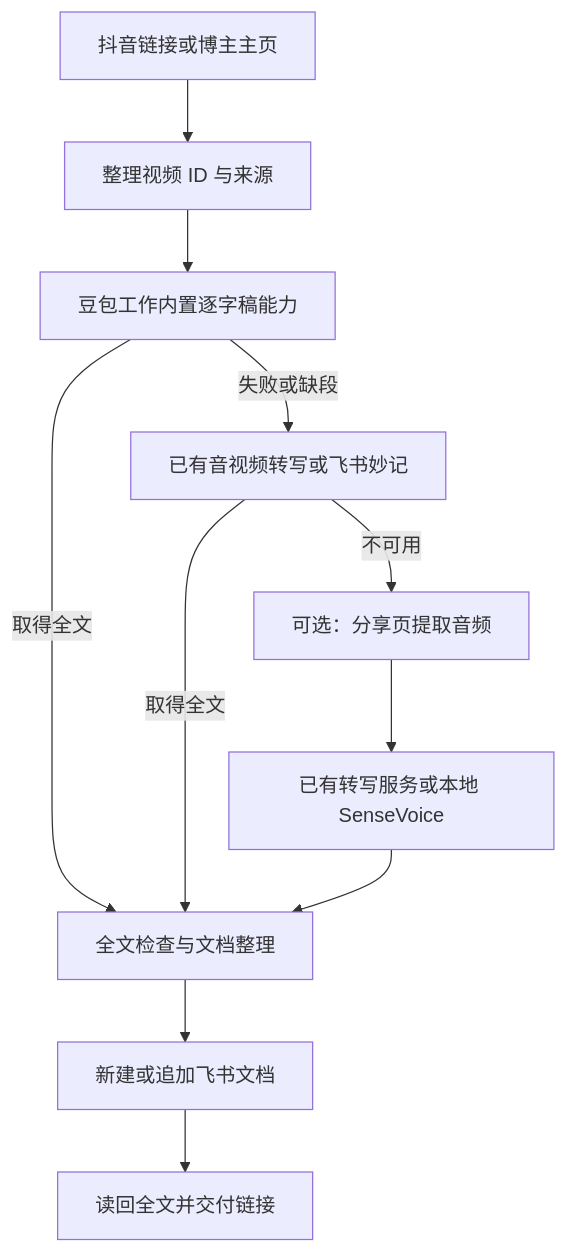
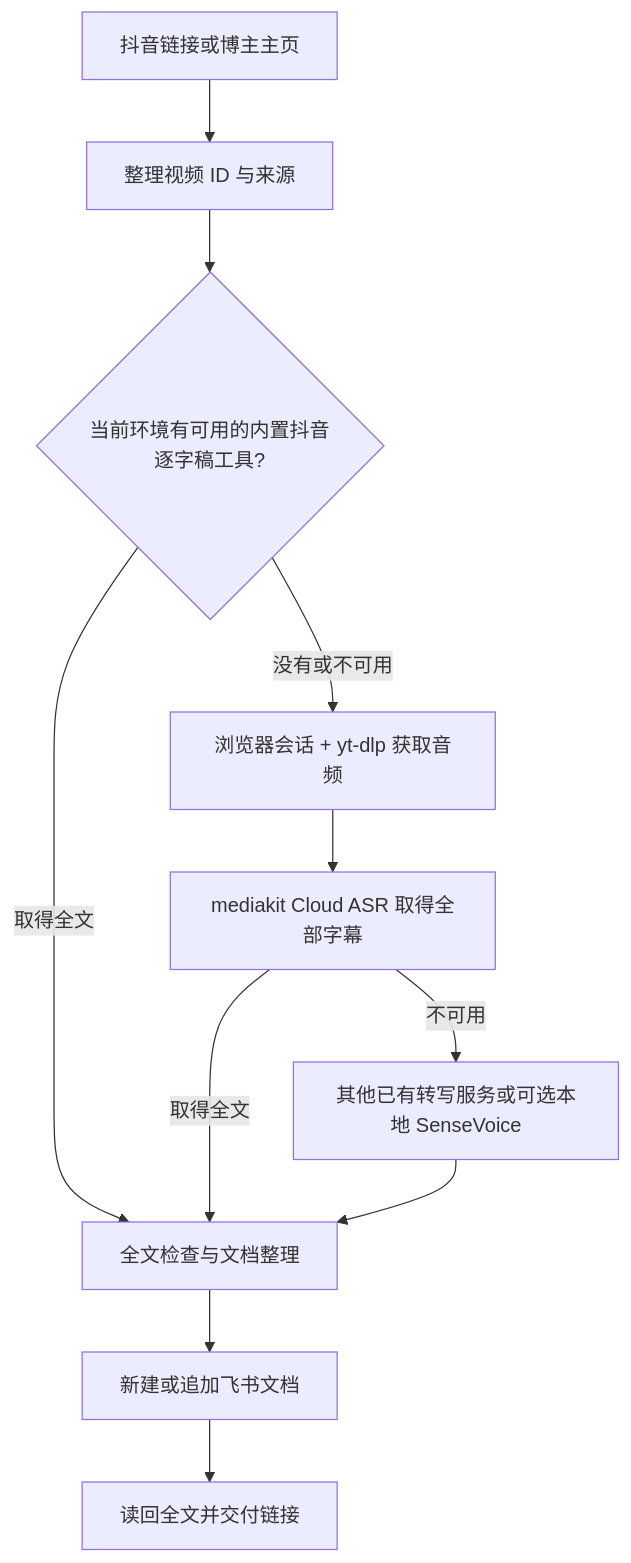
One commit to siuserxiaowei/xiaowei-douyin-to-feishu changed the diagram in README.md. Above: the diagram before and after it, drawn with Mermaid. The commit also changed other lines of this file and 13 other files, not shown here.

````diff
--- a/README.md
+++ b/README.md
@@ -111,13 +111,13 @@
 ```mermaid
 flowchart TD
     A[抖音链接或博主主页] --> B[整理视频 ID 与来源]
-    B --> C[豆包工作内置逐字稿能力]
+    B --> C{当前环境有可用的内置抖音逐字稿工具?}
     C -->|取得全文| G[全文检查与文档整理]
-    C -->|失败或缺段| D[已有音视频转写或飞书妙记]
-    D -->|取得全文| G
-    D -->|不可用| E[可选：分享页提取音频]
-    E --> F[已有转写服务或本地 SenseVoice]
+    C -->|没有或不可用| D[浏览器会话 + yt-dlp 获取音频]
+    D --> E[mediakit Cloud ASR 取得全部字幕]
+    E -->|取得全文| G
+    E -->|不可用| F[其他已有转写服务或可选本地 SenseVoice]
     F --> G
     G --> H[新建或追加飞书文档]
     H --> I[读回全文并交付链接]
 ```
````
